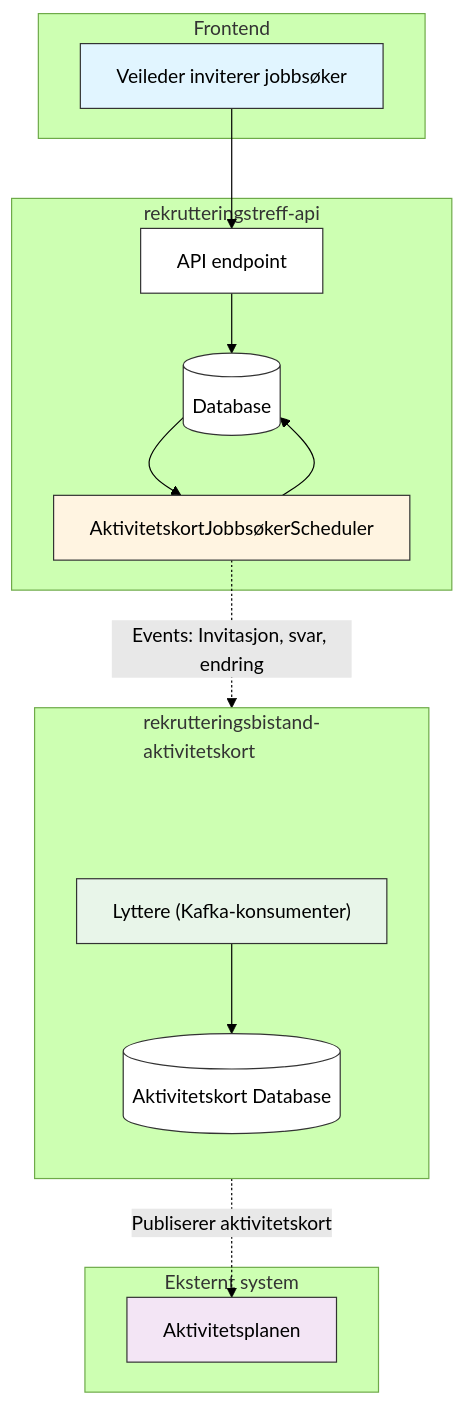
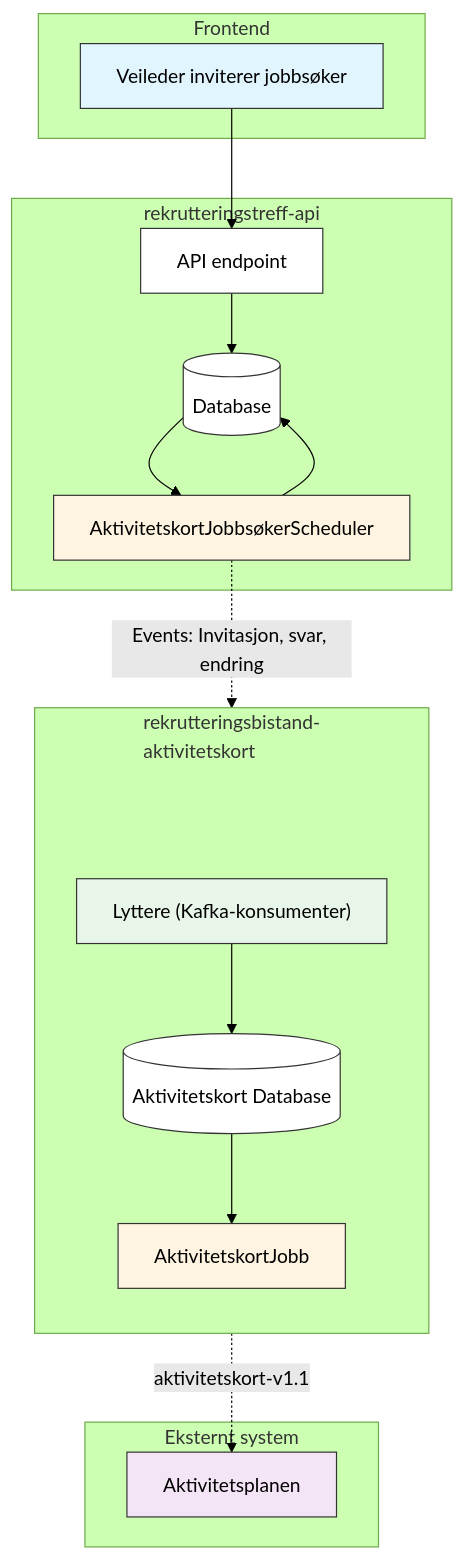
One commit to navikt/rekrutteringstreff-backend changed the diagram in docs/4-integrasjoner/aktivitetskort.md. Above: the diagram before and after it, drawn with Mermaid (forest theme). The commit also changed other lines of this file, not shown here.

Commit message:
Oppdater aktivitetskortdiagram

````diff
--- a/docs/4-integrasjoner/aktivitetskort.md
+++ b/docs/4-integrasjoner/aktivitetskort.md
@@ -11,48 +11,51 @@
 ```mermaid
 graph TB
     subgraph Frontend
         UI[Veileder inviterer jobbsøker]
     end
 
     subgraph "rekrutteringstreff-api"
         API[API endpoint]
         DB[(Database)]
         Scheduler[AktivitetskortJobbsøkerScheduler]
     end
 
     subgraph "rekrutteringsbistand-<br/>aktivitetskort"
         direction TB
         %% Spacer for å unngå at tittelen kræsjer med noden
         Spacer[ ]
         Lyttere["Lyttere (Kafka-konsumenter)"]
         AktDB[("Aktivitetskort Database")]
+        AktJobb[AktivitetskortJobb]
         Spacer ~~~ Lyttere
     end
 
     subgraph "Eksternt system"
         Aktivitetsplan[Aktivitetsplanen]
     end
 
     UI --> API
     API --> DB
 
     Scheduler --> DB
     DB --> Scheduler
 
     %% Kafka-flyt (Rapids & Rivers)
     %% Stiplet linje indikerer asynkron kommunikasjon via Kafka
     Scheduler -.->|Events: Invitasjon, svar, endring| Lyttere
 
     Lyttere --> AktDB
-    Lyttere -.->|Publiserer aktivitetskort| Aktivitetsplan
+    AktDB --> AktJobb
+    AktJobb -.->|aktivitetskort-v1.1| Aktivitetsplan
 
     style UI fill:#e1f5ff,color:#000,stroke:#333
     style Scheduler fill:#fff4e1,color:#000,stroke:#333
     style Lyttere fill:#e8f5e9,color:#000,stroke:#333
+    style AktJobb fill:#fff4e1,color:#000,stroke:#333
     style Aktivitetsplan fill:#f3e5f5,color:#000,stroke:#333
     style Spacer fill:none,stroke:none,color:transparent
 
     style API fill:#fff,color:#000,stroke:#333
     style DB fill:#fff,color:#000,stroke:#333
     style AktDB fill:#fff,color:#000,stroke:#333
 ```
````
